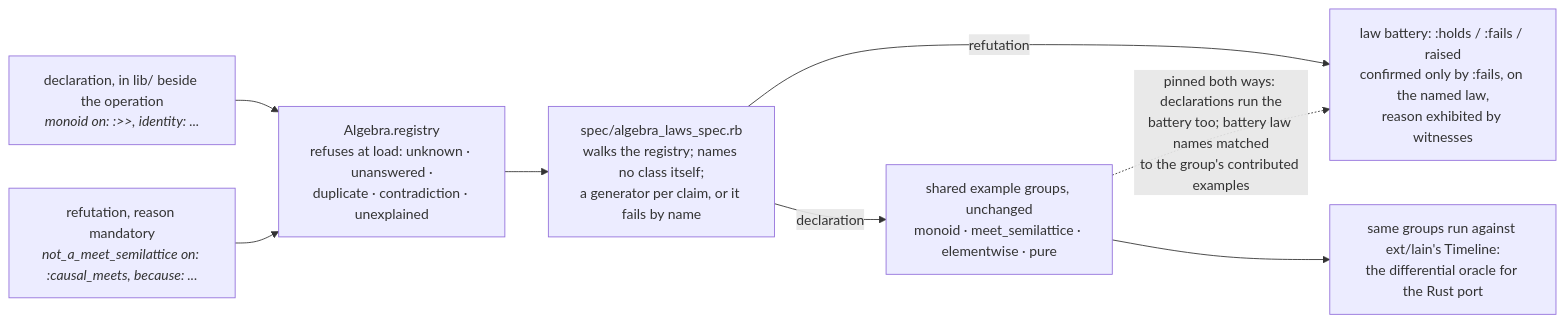
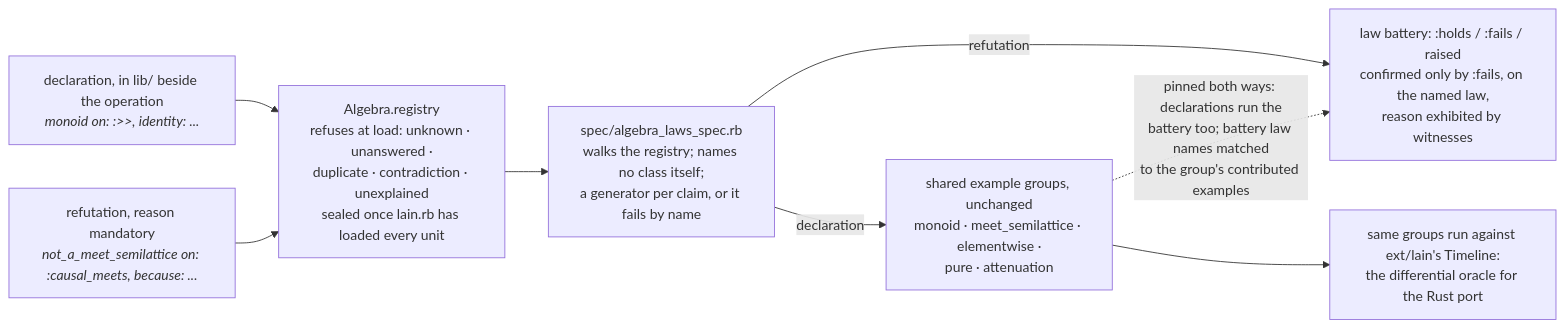
Before and after one commit to liaden/lain: the fourth of 6 diagrams in ARCHITECTURE.md, drawn with Mermaid. The commit also changed other lines of this file and 2 other files, not shown here.

First line of the commit message:
docs: the vocabulary this chunk introduced, where a reader will meet it

````diff
--- a/ARCHITECTURE.md
+++ b/ARCHITECTURE.md
@@ -759,11 +796,11 @@
 ```mermaid
 flowchart LR
   DECL["declaration, in lib/ beside the operation<br/><i>monoid on: :>>, identity: ...</i>"] --> REG
   REF["refutation, reason mandatory<br/><i>not_a_meet_semilattice on: :causal_meets, because: ...</i>"] --> REG
-  REG["Algebra.registry<br/>refuses at load: unknown · unanswered ·<br/>duplicate · contradiction · unexplained"]
+  REG["Algebra.registry<br/>refuses at load: unknown · unanswered ·<br/>duplicate · contradiction · unexplained<br/>sealed once lain.rb has loaded every unit"]
   REG --> SWEEP["spec/algebra_laws_spec.rb<br/>walks the registry; names no class itself;<br/>a generator per claim, or it fails by name"]
-  SWEEP -->|declaration| GROUPS["shared example groups, unchanged<br/>monoid · meet_semilattice · elementwise · pure"]
+  SWEEP -->|declaration| GROUPS["shared example groups, unchanged<br/>monoid · meet_semilattice · elementwise ·<br/>pure · attenuation"]
   SWEEP -->|refutation| BATTERY["law battery: :holds / :fails / raised<br/>confirmed only by :fails, on the named law,<br/>reason exhibited by witnesses"]
   GROUPS -.->|"pinned both ways: declarations run the<br/>battery too; battery law names matched<br/>to the group's contributed examples"| BATTERY
   GROUPS --> RUST["same groups run against ext/lain's Timeline:<br/>the differential oracle for the Rust port"]
 ```
````
